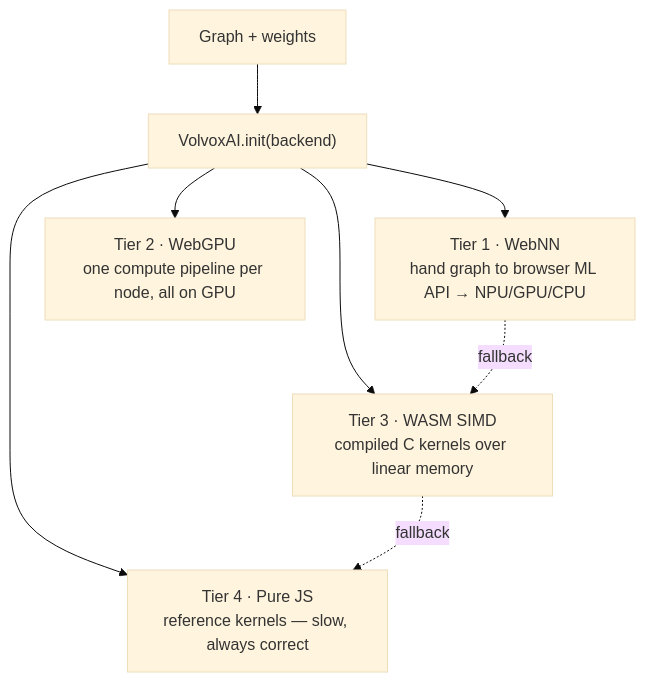
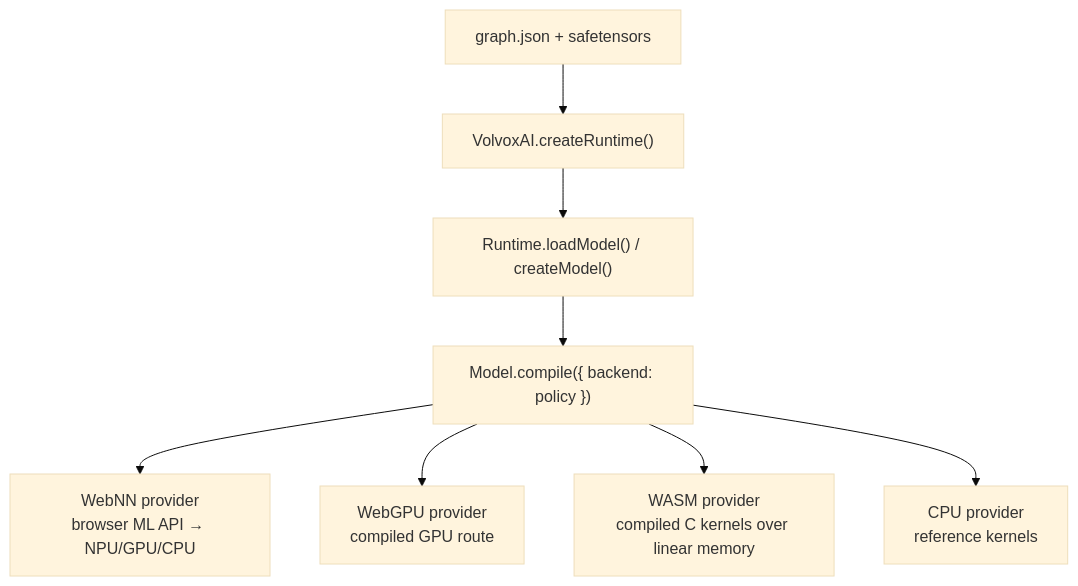
One commit to ivere27/volvoxai changed the diagram in docs/textbook/08-inside-the-engine.md. Above: the diagram before and after it, drawn with Mermaid (base theme). The commit also changed other lines of this file and 810 other files, not shown here.

````diff
--- a/docs/textbook/08-inside-the-engine.md
+++ b/docs/textbook/08-inside-the-engine.md
@@ -34,10 +34,10 @@
 ```mermaid
 flowchart TD
-    G["Graph + weights"] --> I["VolvoxAI.init(backend)"]
-    I --> T1["Tier 1 · WebNN<br/>hand graph to browser ML API → NPU/GPU/CPU"]
-    I --> T2["Tier 2 · WebGPU<br/>one compute pipeline per node, all on GPU"]
-    I --> T3["Tier 3 · WASM SIMD<br/>compiled C kernels over linear memory"]
-    I --> T4["Tier 4 · Pure JS<br/>reference kernels — slow, always correct"]
-    T1 -.fallback.-> T3
-    T3 -.fallback.-> T4
+    G["graph.json + safetensors"] --> R["VolvoxAI.createRuntime()"]
+    R --> M["Runtime.loadModel() / createModel()"]
+    M --> C["Model.compile({ backend: policy })"]
+    C --> T1["WebNN provider<br/>browser ML API → NPU/GPU/CPU"]
+    C --> T2["WebGPU provider<br/>compiled GPU route"]
+    C --> T3["WASM provider<br/>compiled C kernels over linear memory"]
+    C --> T4["CPU provider<br/>reference kernels"]
 ```
````
